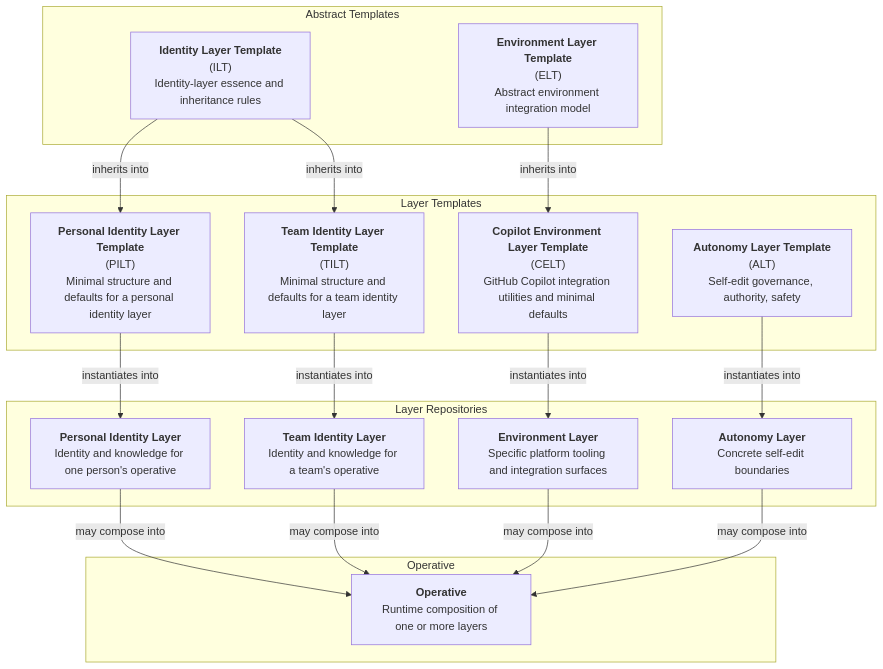
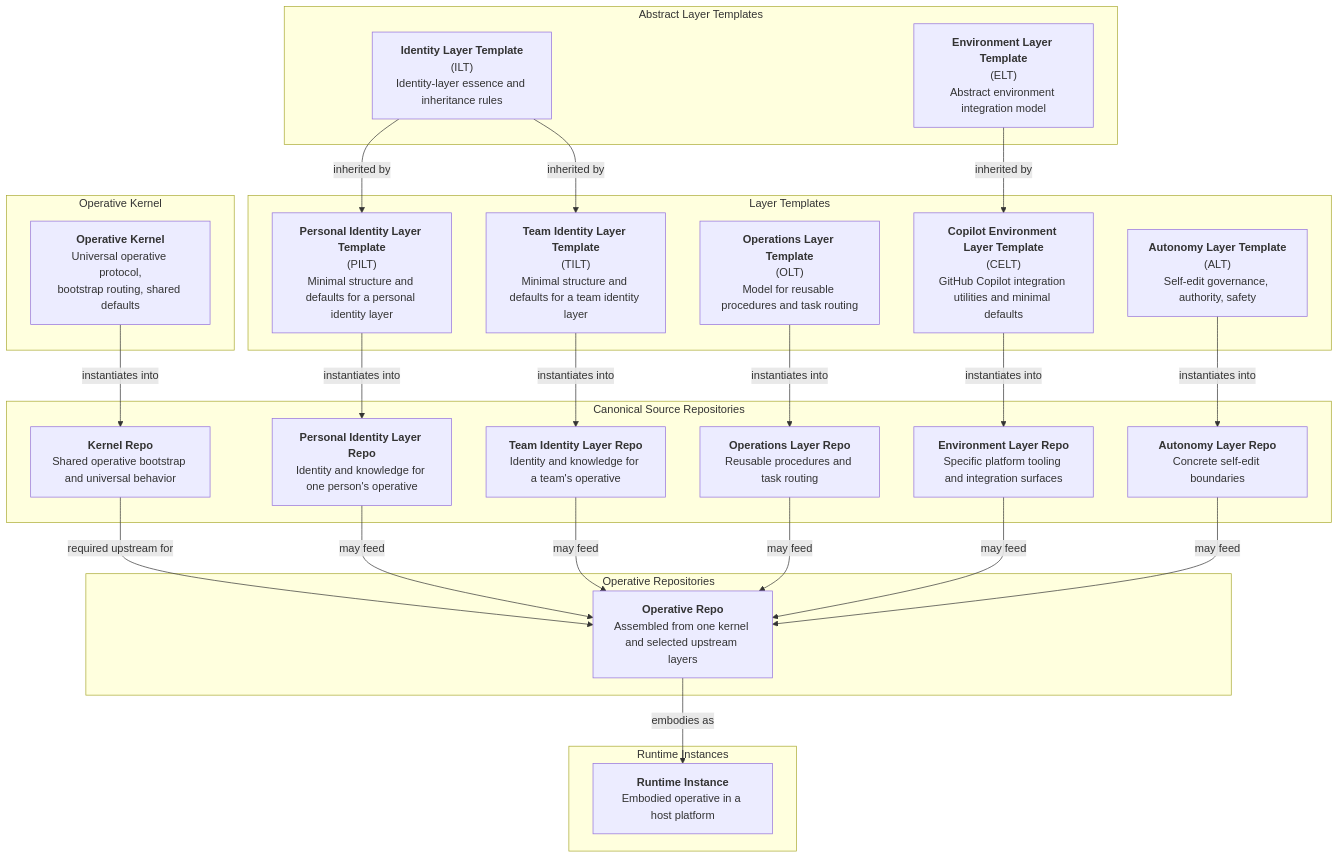
One commit to jack-indaboks/ai-operative-system changed the diagram in ARCHITECTURE.md. Above: the diagram before and after it, drawn with Mermaid. The commit also changed other lines of this file and 1 other file, not shown here.

````diff
--- a/ARCHITECTURE.md
+++ b/ARCHITECTURE.md
@@ -52,39 +80,56 @@
 ```mermaid
 flowchart TD
-   subgraph AbstractTemplates[Abstract Templates]
+   subgraph KernelLayer[Operative Kernel]
+      KRN["<b>Operative Kernel</b><br>Universal operative protocol,<br>bootstrap routing, shared defaults"]
+   end
+
+   subgraph AbstractTemplates[Abstract Layer Templates]
       ILT["<b>Identity Layer Template</b><br>(ILT)<br>Identity-layer essence and inheritance rules"]
       ELT["<b>Environment Layer Template</b><br>(ELT)<br>Abstract environment integration model"]
    end
 
    subgraph LayerTemplates[Layer Templates]
       ALT["<b>Autonomy Layer Template</b><br>(ALT)<br>Self-edit governance, authority, safety"]
+      OLT["<b>Operations Layer Template</b><br>(OLT)<br>Model for reusable procedures and task routing"]
       PILT["<b>Personal Identity Layer Template</b><br>(PILT)<br>Minimal structure and defaults for a personal identity layer"]
       TILT["<b>Team Identity Layer Template</b><br>(TILT)<br>Minimal structure and defaults for a team identity layer"]
       CELT["<b>Copilot Environment Layer Template</b><br>(CELT)<br>GitHub Copilot integration utilities and minimal defaults"]
    end
 
-   subgraph LayerRepos[Layer Repositories]
-      PIL["<b>Personal Identity Layer</b><br>Identity and knowledge for one person's operative"]
-      TIL["<b>Team Identity Layer</b><br>Identity and knowledge for a team's operative"]
-      ELR["<b>Environment Layer</b><br>Specific platform tooling and integration surfaces"]
-      ALR["<b>Autonomy Layer</b><br>Concrete self-edit boundaries"]
+   subgraph SourceRepos[Canonical Source Repositories]
+      KRR["<b>Kernel Repo</b><br>Shared operative bootstrap and universal behavior"]
+      PIL["<b>Personal Identity Layer Repo</b><br>Identity and knowledge for one person's operative"]
+      TIL["<b>Team Identity Layer Repo</b><br>Identity and knowledge for a team's operative"]
+      OPR["<b>Operations Layer Repo</b><br>Reusable procedures and task routing"]
+      ELR["<b>Environment Layer Repo</b><br>Specific platform tooling and integration surfaces"]
+      ALR["<b>Autonomy Layer Repo</b><br>Concrete self-edit boundaries"]
    end
 
-   subgraph OperativeLayer[Operative]
-      OP["<b>Operative</b><br>Runtime composition of one or more layers"]
+   subgraph OperativeRepos[Operative Repositories]
+      OPRT["<b>Operative Repo</b><br>Assembled from one kernel and selected upstream layers"]
    end
 
-   ILT -->|inherits into| PILT
-   ILT -->|inherits into| TILT
-   ELT -->|inherits into| CELT
+   subgraph RuntimeLayer[Runtime Instances]
+      OP["<b>Runtime Instance</b><br>Embodied operative in a host platform"]
+   end
+
+   KRN -->|instantiates into| KRR
+   ILT -->|inherited by| PILT
+   ILT -->|inherited by| TILT
+   ELT -->|inherited by| CELT
    ALT -->|instantiates into| ALR
+   OLT -->|instantiates into| OPR
 
    PILT -->|instantiates into| PIL
    TILT -->|instantiates into| TIL
    CELT -->|instantiates into| ELR
 
-   PIL -->|may compose into| OP
-   TIL -->|may compose into| OP
-   ELR -->|may compose into| OP
-   ALR -->|may compose into| OP
+   KRR -->|required upstream for| OPRT
+   PIL -->|may feed| OPRT
+   TIL -->|may feed| OPRT
+   OPR -->|may feed| OPRT
+   ELR -->|may feed| OPRT
+   ALR -->|may feed| OPRT
+
+   OPRT -->|embodies as| OP
 ```
````
